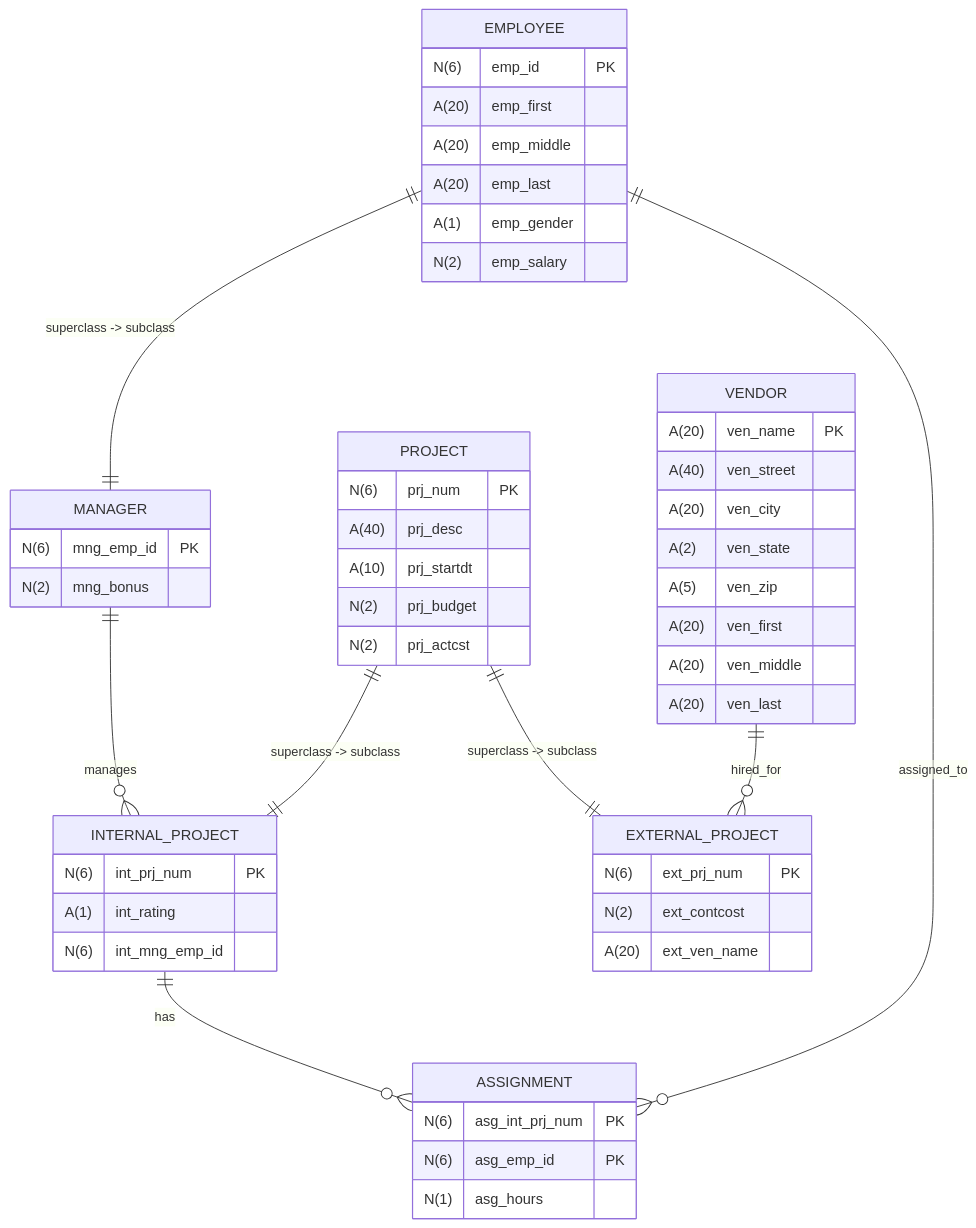
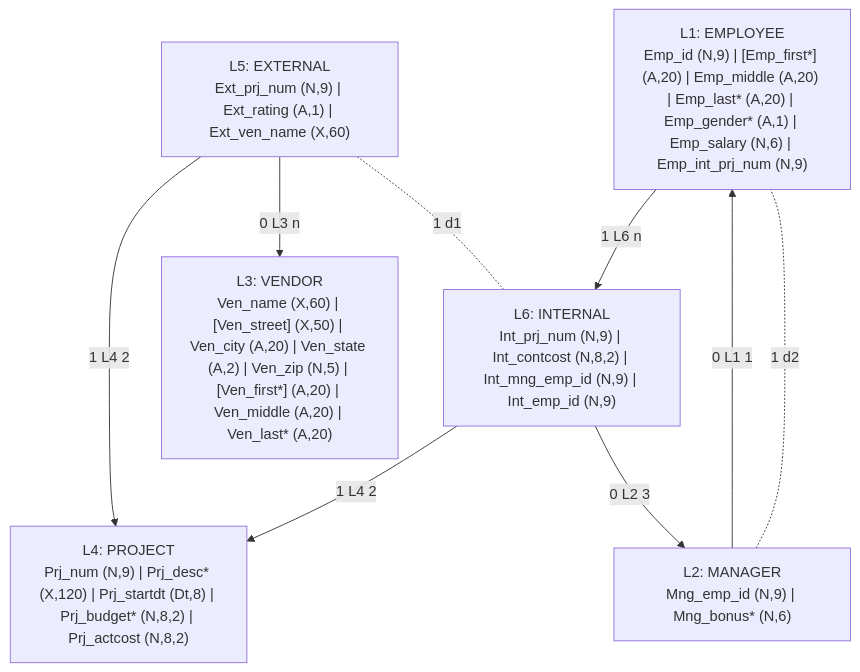
One commit to kiganyamburu/is7032 changed the diagram in Figure3_Validated_InformationPreservingModel.mmd. Above: the diagram before and after it, drawn with Mermaid. The commit also changed 141 other files, not shown here.

```diff
--- a/Figure3_Validated_InformationPreservingModel.mmd
+++ b/Figure3_Validated_InformationPreservingModel.mmd
@@ -1,61 +1,17 @@
-erDiagram
-    EMPLOYEE {
-        N(6) emp_id PK
-        A(20) emp_first
-        A(20) emp_middle
-        A(20) emp_last
-        A(1) emp_gender
-        N(2) emp_salary
-    }
+flowchart TB
+  L1["L1: EMPLOYEE<br/>Emp_id (N,9) | [Emp_first*] (A,20) | Emp_middle (A,20) | Emp_last* (A,20) | Emp_gender* (A,1) | Emp_salary (N,6) | Emp_int_prj_num (N,9)"]
+  L2["L2: MANAGER<br/>Mng_emp_id (N,9) | Mng_bonus* (N,6)"]
+  L3["L3: VENDOR<br/>Ven_name (X,60) | [Ven_street] (X,50) | Ven_city (A,20) | Ven_state (A,2) | Ven_zip (N,5) | [Ven_first*] (A,20) | Ven_middle (A,20) | Ven_last* (A,20)"]
+  L4["L4: PROJECT<br/>Prj_num (N,9) | Prj_desc* (X,120) | Prj_startdt (Dt,8) | Prj_budget* (N,8,2) | Prj_actcost (N,8,2)"]
+  L5["L5: EXTERNAL<br/>Ext_prj_num (N,9) | Ext_rating (A,1) | Ext_ven_name (X,60)"]
+  L6["L6: INTERNAL<br/>Int_prj_num (N,9) | Int_contcost (N,8,2) | Int_mng_emp_id (N,9) | Int_emp_id (N,9)"]
 
-    MANAGER {
-        N(6) mng_emp_id PK
-        N(2) mng_bonus
-    }
+  L2 -->|0 L1 1| L1
+  L5 -->|1 L4 2| L4
+  L6 -->|1 L4 2| L4
+  L5 -->|0 L3 n| L3
+  L6 -->|0 L2 3| L2
+  L1 -->|1 L6 n| L6
 
-    PROJECT {
-        N(6) prj_num PK
-        A(40) prj_desc
-        A(10) prj_startdt
-        N(2) prj_budget
-        N(2) prj_actcst
-    }
-
-    INTERNAL_PROJECT {
-        N(6) int_prj_num PK
-        A(1) int_rating
-        N(6) int_mng_emp_id
-    }
-
-    EXTERNAL_PROJECT {
-        N(6) ext_prj_num PK
-        N(2) ext_contcost
-        A(20) ext_ven_name
-    }
-
-    VENDOR {
-        A(20) ven_name PK
-        A(40) ven_street
-        A(20) ven_city
-        A(2) ven_state
-        A(5) ven_zip
-        A(20) ven_first
-        A(20) ven_middle
-        A(20) ven_last
-    }
-
-    ASSIGNMENT {
-        N(6) asg_int_prj_num PK
-        N(6) asg_emp_id PK
-        N(1) asg_hours
-    }
-
-    EMPLOYEE ||--|| MANAGER : "superclass -> subclass"
-    PROJECT ||--|| INTERNAL_PROJECT : "superclass -> subclass"
-    PROJECT ||--|| EXTERNAL_PROJECT : "superclass -> subclass"
-
-    MANAGER ||--o{ INTERNAL_PROJECT : "manages"
-    VENDOR ||--o{ EXTERNAL_PROJECT : "hired_for"
-
-    INTERNAL_PROJECT ||--o{ ASSIGNMENT : "has"
-    EMPLOYEE ||--o{ ASSIGNMENT : "assigned_to"
+  L2 -. 1 d2 .- L1
+  L5 -. 1 d1 .- L6
```
